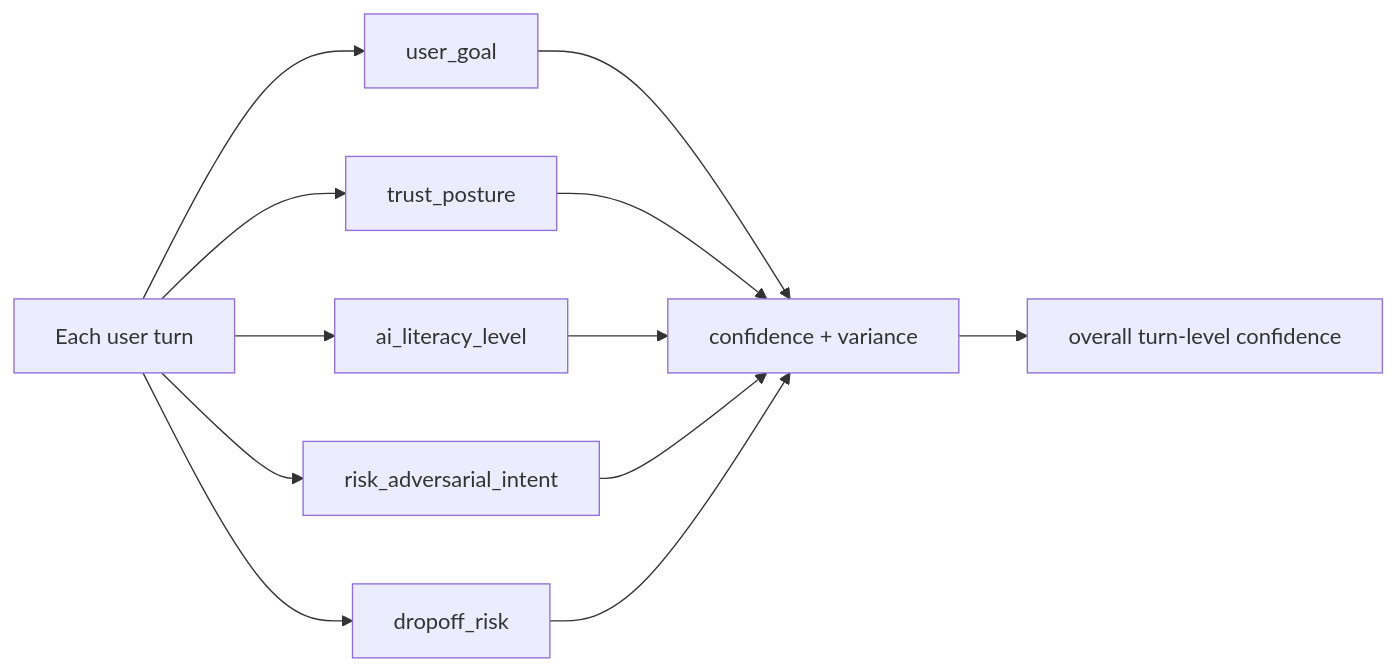
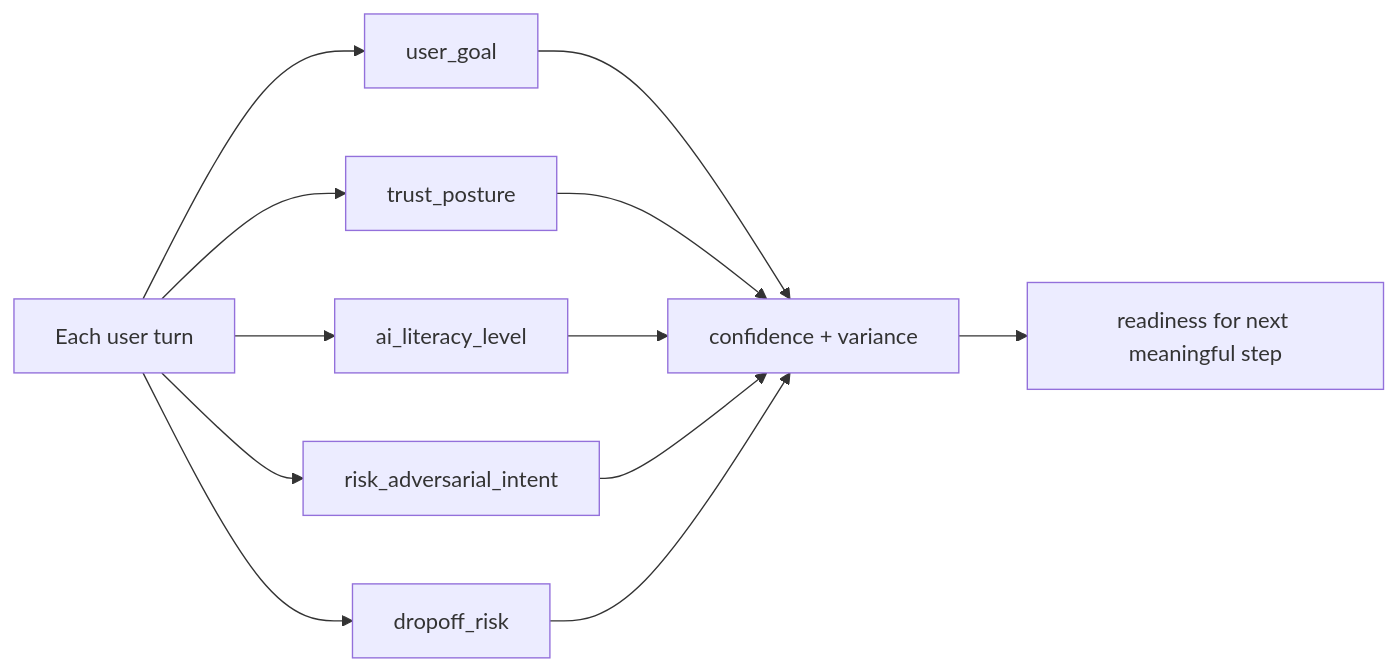
The second of 3 diagrams in docs/ARCHITECTURE_DIAGRAM.md (klo2323/frontier-user-understanding-confidence-benchmark), drawn with Mermaid before and after one commit. The commit also changed other lines of this file and 2 other files, not shown here.

Commit message:
align benchmark with meaningful interaction framing

````diff
--- a/docs/ARCHITECTURE_DIAGRAM.md
+++ b/docs/ARCHITECTURE_DIAGRAM.md
@@ -46,16 +48,16 @@
 ```mermaid
 graph LR
     T["Each user turn"] --> G["user_goal"]
     T --> P["trust_posture"]
     T --> L["ai_literacy_level"]
     T --> R["risk_adversarial_intent"]
     T --> D["dropoff_risk"]
 
     G --> C["confidence + variance"]
     P --> C
     L --> C
     R --> C
     D --> C
 
-    C --> O["overall turn-level confidence"]
+    C --> O["readiness for next meaningful step"]
 ```
````
